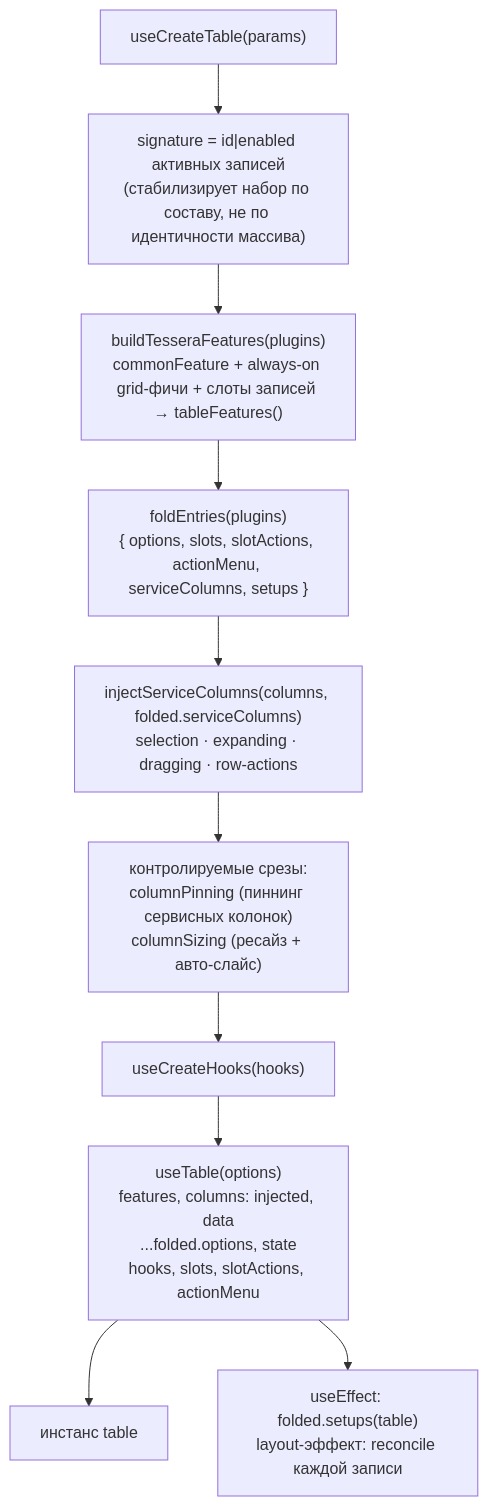
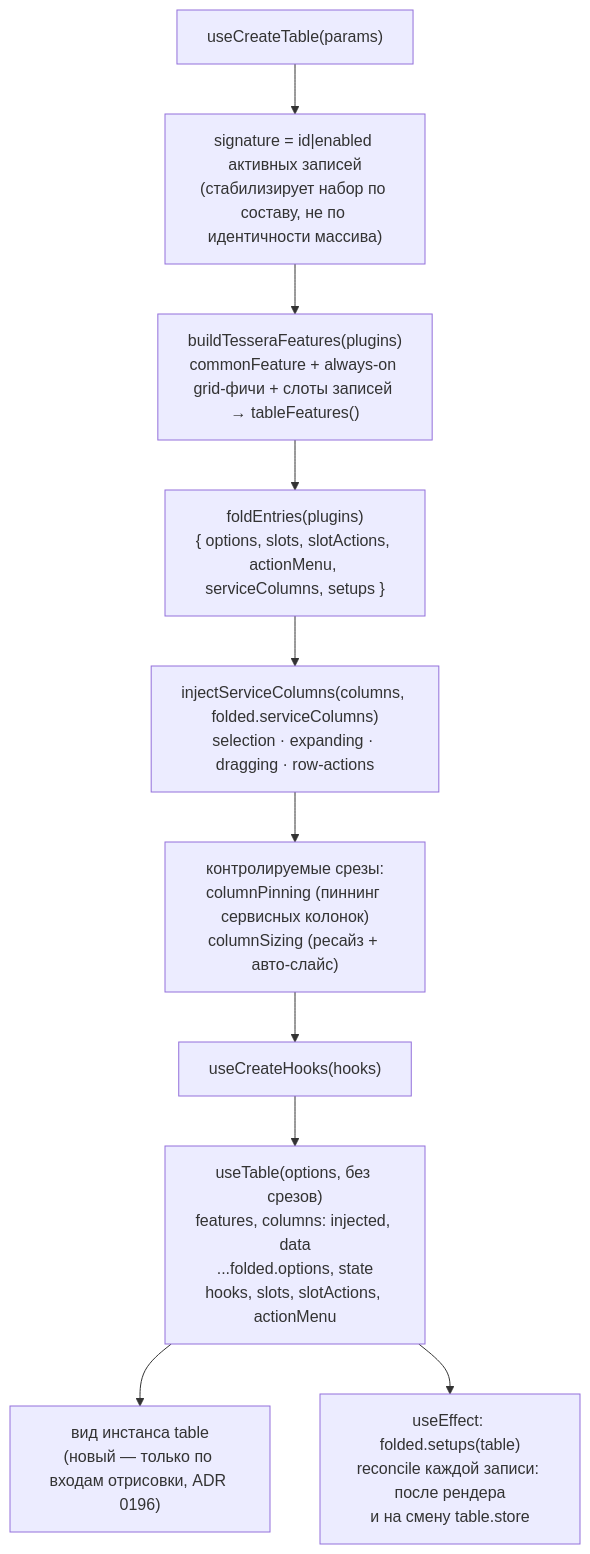
Before and after one commit to tessera-grid/tessera: the first of 2 diagrams in docs/architecture/table-assembly.md, drawn with Mermaid. The commit also changed 38 other files, not shown here.

````diff
--- a/docs/architecture/table-assembly.md
+++ b/docs/architecture/table-assembly.md
@@ -27,18 +27,18 @@
 ```mermaid
 flowchart TB
     IN["useCreateTable(params)"]
 
     SIG["signature = id|enabled активных записей<br/>(стабилизирует набор по составу, не по идентичности массива)"]
     FEAT["buildTesseraFeatures(plugins)<br/>commonFeature + always-on grid-фичи + слоты записей → tableFeatures()"]
     FOLD["foldEntries(plugins)<br/>{ options, slots, slotActions, actionMenu, serviceColumns, setups }"]
     COLS["injectServiceColumns(columns, folded.serviceColumns)<br/>selection · expanding · dragging · row-actions"]
     CTRL["контролируемые срезы:<br/>columnPinning (пиннинг сервисных колонок)<br/>columnSizing (ресайз + авто-слайс)"]
     HK["useCreateHooks(hooks)"]
 
-    RT["useTable(options)<br/>features, columns: injected, data<br/>...folded.options, state<br/>hooks, slots, slotActions, actionMenu"]
+    RT["useTable(options, без срезов)<br/>features, columns: injected, data<br/>...folded.options, state<br/>hooks, slots, slotActions, actionMenu"]
 
-    OUT["инстанс table"]
+    OUT["вид инстанса table<br/>(новый — только по входам отрисовки, ADR 0196)"]
 
     IN --> SIG --> FEAT --> FOLD --> COLS --> CTRL --> HK --> RT --> OUT
-    RT --> EFF["useEffect: folded.setups(table)<br/>layout-эффект: reconcile каждой записи"]
+    RT --> EFF["useEffect: folded.setups(table)<br/>reconcile каждой записи: после рендера<br/>и на смену table.store"]
 ```
````
